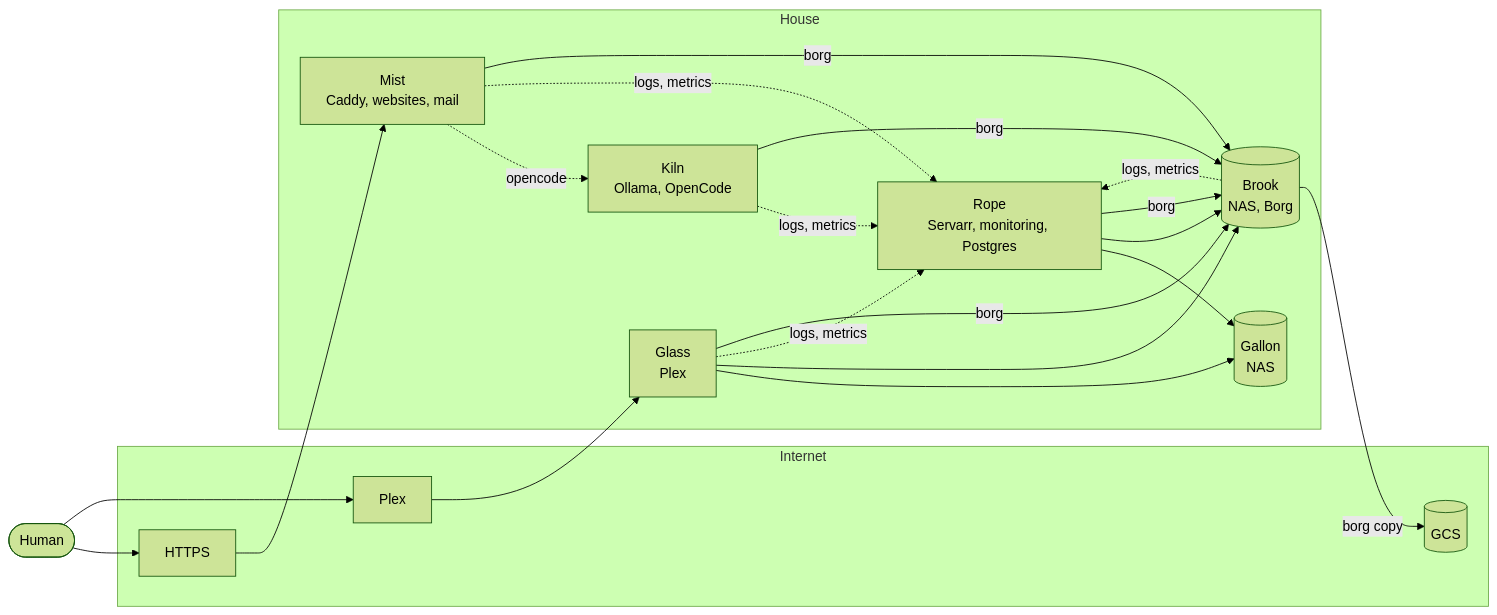
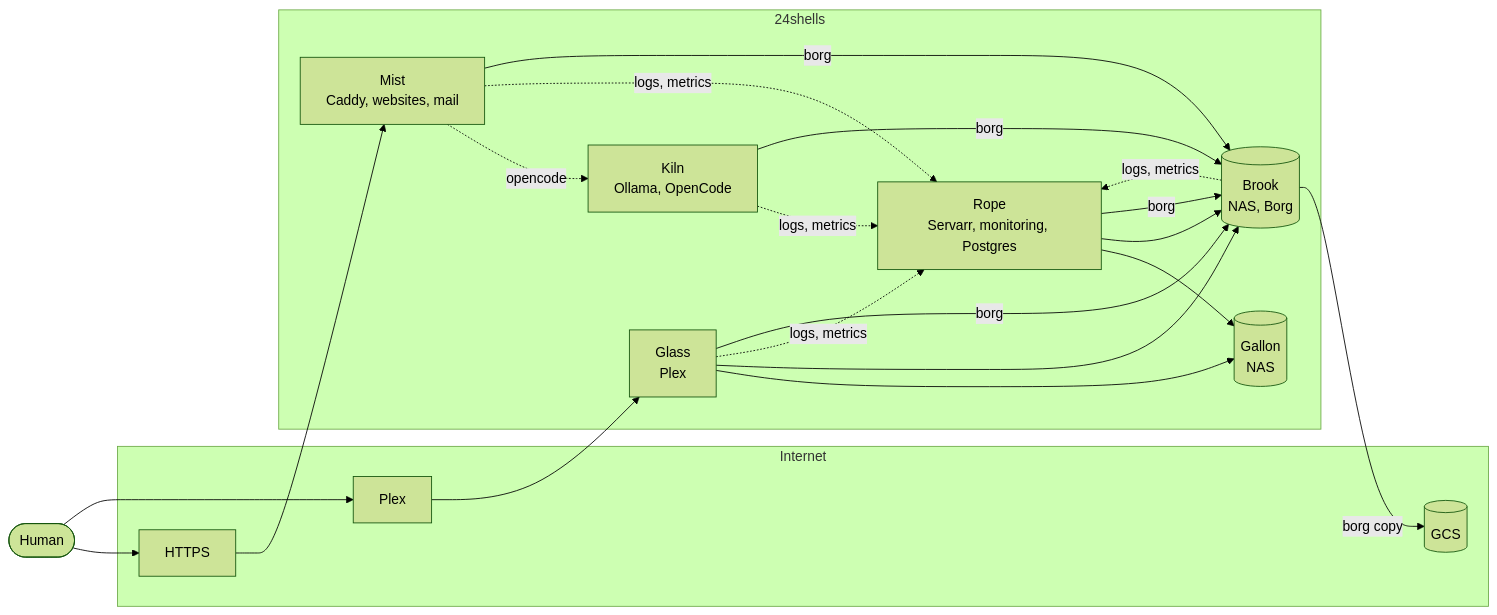
The diagram in posts/781.md (icco/writing), drawn with Mermaid (forest theme) before and after one commit. The commit also changed other lines of this file, not shown here.

First line of the commit message:
docs: note homelab now hosted at 24shells (#1037)

````diff
--- a/posts/781.md
+++ b/posts/781.md
@@ -15,36 +11,36 @@
 ```mermaid
 flowchart LR
     Human(["Human"])
 
     subgraph Internet
         HTTPS["HTTPS"]
         PlexClient["Plex"]
         GCS[("GCS")]
     end
 
-    subgraph House
+    subgraph Colo ["24shells"]
         Mist["Mist<br/>Caddy, websites, mail"]
         Rope["Rope<br/>Servarr, monitoring, Postgres"]
         Glass["Glass<br/>Plex"]
         Kiln["Kiln<br/>Ollama, OpenCode"]
         Brook[("Brook<br/>NAS, Borg")]
         Gallon[("Gallon<br/>NAS")]
     end
 
     Human --> HTTPS --> Mist
     Human --> PlexClient --> Glass
     Mist -.->|opencode| Kiln
     Glass --> Gallon
     Glass --> Brook
     Rope --> Gallon
     Rope --> Brook
     Mist -.->|logs, metrics| Rope
     Glass -.->|logs, metrics| Rope
     Brook -.->|logs, metrics| Rope
     Kiln -.->|logs, metrics| Rope
     Mist -->|borg| Brook
     Rope -->|borg| Brook
     Glass -->|borg| Brook
     Kiln -->|borg| Brook
     Brook -->|borg copy| GCS
 ```
````
